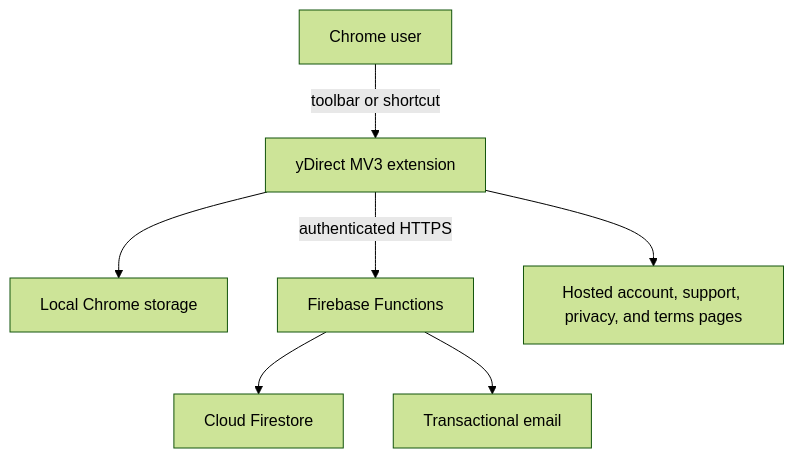
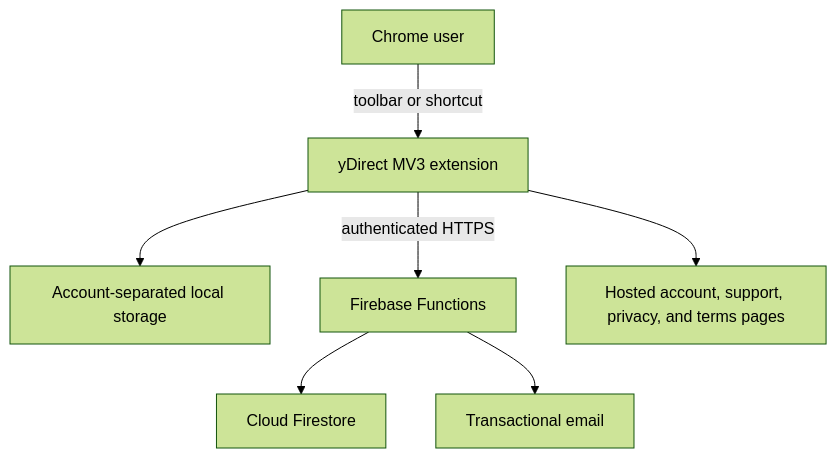
Before and after one commit to abhay-yemekar/ydirect: the second of 2 diagrams in README.md, drawn with Mermaid (forest theme). The commit also changed other lines of this file and 26 other files, not shown here.

````diff
--- a/README.md
+++ b/README.md
@@ -140,9 +153,9 @@
 ```mermaid
 flowchart TB
     U["Chrome user"] -->|"toolbar or shortcut"| X["yDirect MV3 extension"]
-    X --> L["Local Chrome storage"]
+    X --> L["Account-separated local storage"]
     X -->|"authenticated HTTPS"| F["Firebase Functions"]
     F --> D["Cloud Firestore"]
     F --> E["Transactional email"]
     X --> H["Hosted account, support, privacy, and terms pages"]
 ```
````
